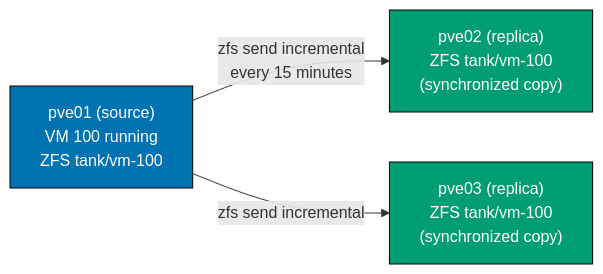
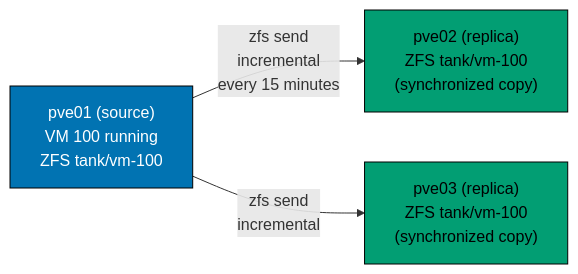
One commit to wahidyankf/ose-public changed the eighth of 12 diagrams in apps/ayokoding-www/content/en/learn/legacy/software-engineering/infrastructure/tools/proxmox/by-example/advanced.md. Above: the diagram before and after it, drawn with Mermaid. The commit also changed other lines of this file and 131 other files, not shown here.

First line of the commit message:
fix(mermaid): bring the legacy data, infrastructure, and testing diagrams onto the accessible palette

````diff
--- a/apps/ayokoding-www/content/en/learn/legacy/software-engineering/infrastructure/tools/proxmox/by-example/advanced.md
+++ b/apps/ayokoding-www/content/en/learn/legacy/software-engineering/infrastructure/tools/proxmox/by-example/advanced.md
@@ -1799,10 +1852,15 @@
 ```mermaid
 %% Color Palette: Blue #0173B2, Orange #DE8F05, Teal #029E73, Purple #CC78BC, Brown #CA9161
 graph LR
-    A["pve01 (source)<br/>VM 100 running<br/>ZFS tank/vm-100"] -->|"zfs send incremental<br/>every 15 minutes"| B["pve02 (replica)<br/>ZFS tank/vm-100<br/>(synchronized copy)"]
-    A -->|"zfs send incremental"| C["pve03 (replica)<br/>ZFS tank/vm-100<br/>(synchronized copy)"]
+    accTitle: Example 78: Configure Storage Replication Between Cluster Nodes
+    accDescr: Graph with 3 nodes and 2 connections. Nodes: pve01 (source) VM 100 running ZFS tank/vm-100, pve02 (replica) ZFS tank/vm-100 (synchronized copy), pve03 (replica) ZFS tank/vm-100 (synchronized copy). Connections: pve01 (source) VM 100 running ZFS tank/vm-100 to pve02 (replica) ZFS tank/vm-100 (synchronized copy) (zfs send incremental every 15 minutes), pve01 (source) VM 100 running ZFS tank/vm-100 to pve03 (replica) ZFS tank/vm-100 (synchronized copy) (zfs send incremental).
+    A["pve01 (source)<br/>VM 100 running<br/>ZFS tank/vm-100"] -->|"zfs send<br/>incremental<br/>every 15 minutes"| B["pve02 (replica)<br/>ZFS tank/vm-100<br/>(synchronized copy)"]
+    A -->|"zfs send<br/>incremental"| C["pve03 (replica)<br/>ZFS tank/vm-100<br/>(synchronized copy)"]
 
-    style A fill:#0173B2,color:#fff,stroke:#000
-    style B fill:#029E73,color:#fff,stroke:#000
-    style C fill:#029E73,color:#fff,stroke:#000
+    classDef pal-0173B2 fill:#0173B2,stroke:#000000,color:#FFFFFF
+    class A pal-0173B2
+    classDef pal-029E73 fill:#029E73,stroke:#000000,color:#000000
+    class B pal-029E73
+    class C pal-029E73
+    classDef default fill:#FFFFFF,stroke:#000000,color:#000000
 ```
````
